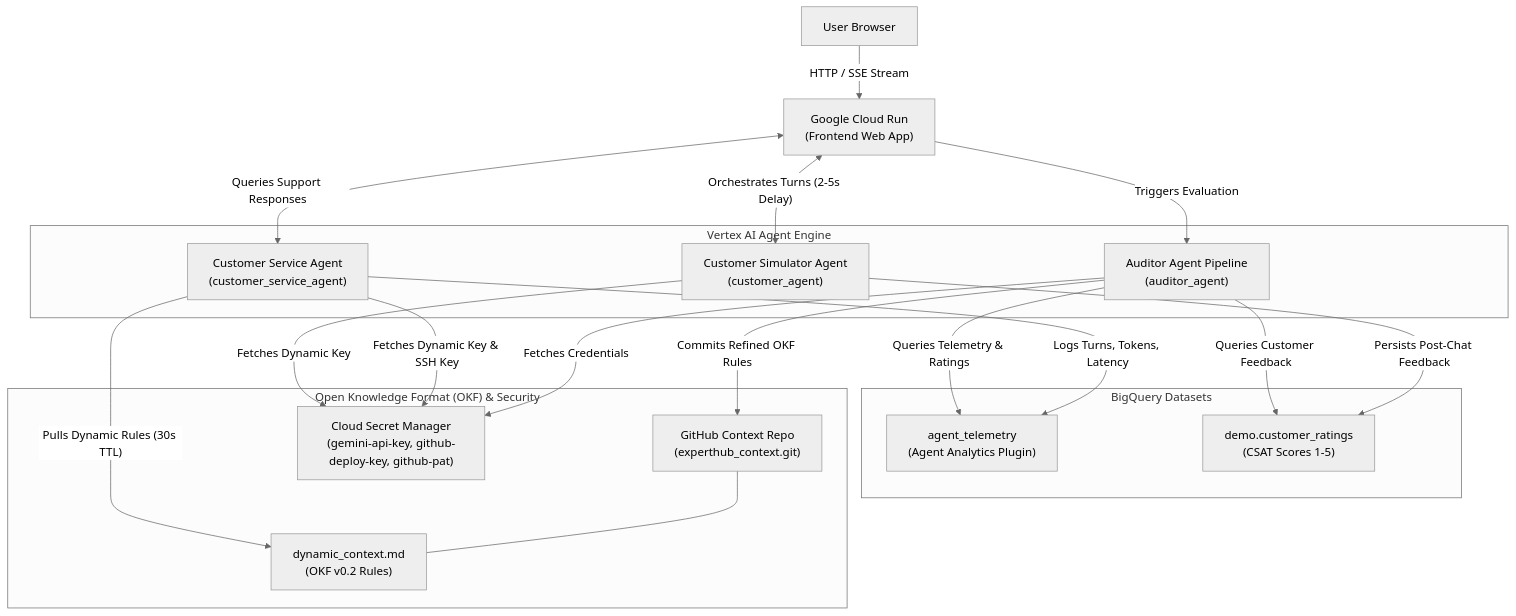
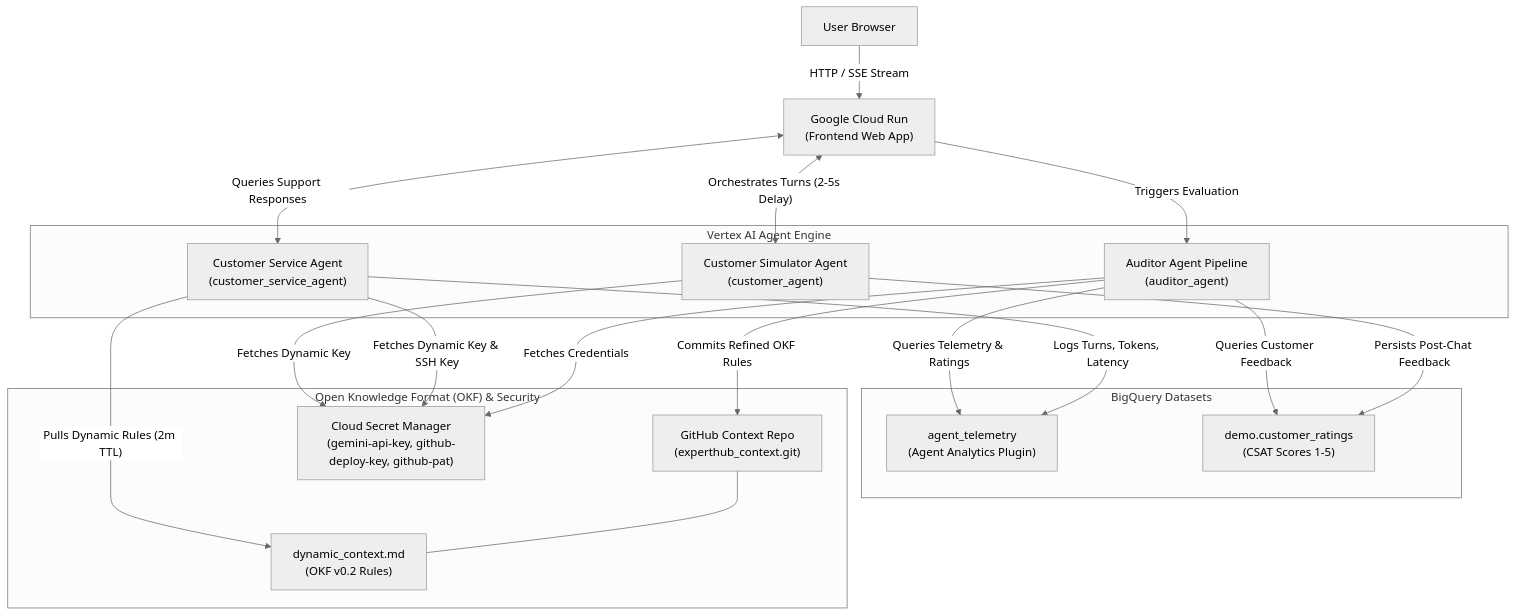
One commit to gshilo/experthub changed the diagram in README.md. Above: the diagram before and after it, drawn with Mermaid (neutral theme). The commit also changed other lines of this file and 2 other files, not shown here.

Commit message:
Update Customer Service Agent OKF cache TTL to 2 minutes (120s)

````diff
--- a/README.md
+++ b/README.md
@@ -12,38 +12,38 @@
 ```mermaid
 flowchart TD
     User["User Browser"] -->|"HTTP / SSE Stream"| CloudRun["Google Cloud Run<br/>(Frontend Web App)"]
     
     subgraph VertexAI["Vertex AI Agent Engine"]
         CustAgent["Customer Simulator Agent<br/>(customer_agent)"]
         CSAgent["Customer Service Agent<br/>(customer_service_agent)"]
         AudAgent["Auditor Agent Pipeline<br/>(auditor_agent)"]
     end
 
     subgraph Observability["BigQuery Datasets"]
         BQTele["agent_telemetry<br/>(Agent Analytics Plugin)"]
         BQRatings["demo.customer_ratings<br/>(CSAT Scores 1-5)"]
     end
 
     subgraph Knowledge["Open Knowledge Format (OKF) & Security"]
         GitHubRepo["GitHub Context Repo<br/>(experthub_context.git)"]
         OKFFile["dynamic_context.md<br/>(OKF v0.2 Rules)"]
         SecretMgr["Cloud Secret Manager<br/>(gemini-api-key, github-deploy-key, github-pat)"]
     end
 
     CloudRun <-->|"Orchestrates Turns (2-5s Delay)"| CustAgent
     CloudRun <-->|"Queries Support Responses"| CSAgent
     CloudRun -->|"Triggers Evaluation"| AudAgent
 
     CSAgent -->|"Logs Turns, Tokens, Latency"| BQTele
     CustAgent -->|"Persists Post-Chat Feedback"| BQRatings
 
     AudAgent -->|"Queries Telemetry & Ratings"| BQTele
     AudAgent -->|"Queries Customer Feedback"| BQRatings
     AudAgent -->|"Fetches Credentials"| SecretMgr
     AudAgent -->|"Commits Refined OKF Rules"| GitHubRepo
     GitHubRepo --- OKFFile
 
     CSAgent -->|"Fetches Dynamic Key & SSH Key"| SecretMgr
     CustAgent -->|"Fetches Dynamic Key"| SecretMgr
-    CSAgent -->|"Pulls Dynamic Rules (30s TTL)"| OKFFile
+    CSAgent -->|"Pulls Dynamic Rules (2m TTL)"| OKFFile
 ```
````
